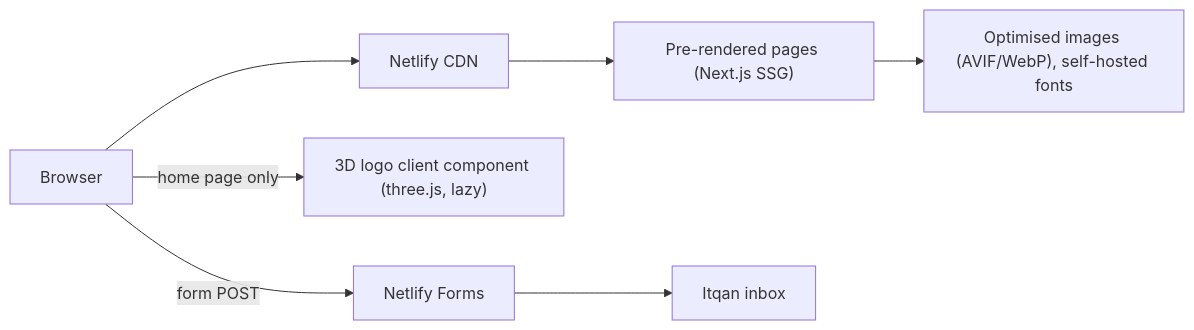
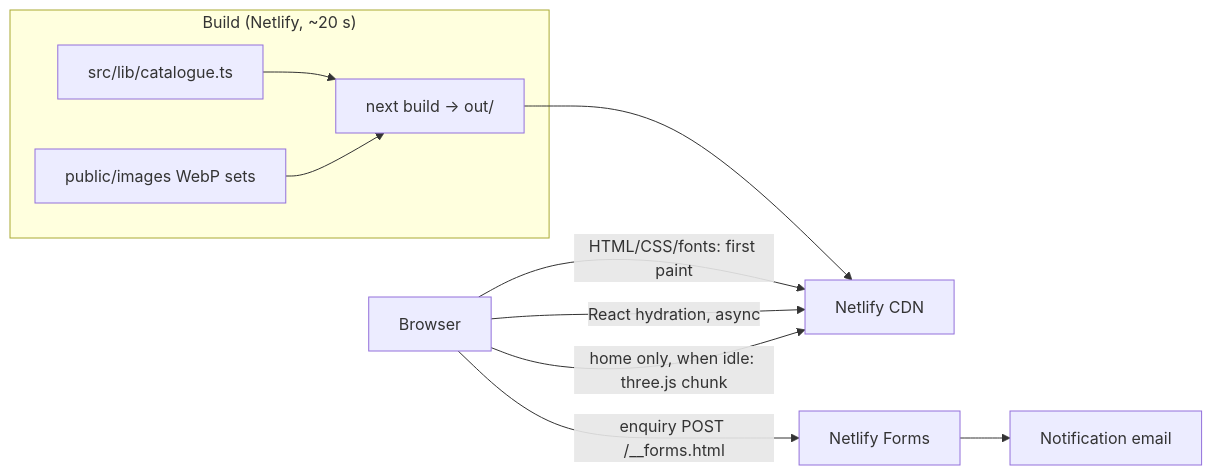
Before and after one commit to osk255/Itqan: the diagram in docs/ARCHITECTURE.md, drawn with Mermaid. The commit also changed other lines of this file and 162 other files, not shown here.

First line of the commit message:
Build the production site with Next.js (Phase 2)

````diff
--- a/docs/ARCHITECTURE.md
+++ b/docs/ARCHITECTURE.md
@@ -21,8 +7,12 @@
 ```mermaid
 flowchart LR
-  B[Browser] --> N[Netlify CDN]
-  N --> S["Pre-rendered pages (Next.js SSG)"]
-  S --> A["Optimised images (AVIF/WebP), self-hosted fonts"]
-  B -->|home page only| T["3D logo client component (three.js, lazy)"]
-  B -->|form POST| F[Netlify Forms] --> E[Itqan inbox]
+  subgraph Build["Build (Netlify, ~20 s)"]
+    C[src/lib/catalogue.ts] --> N[next build → out/]
+    I[public/images WebP sets] --> N
+  end
+  N --> CDN[Netlify CDN]
+  B[Browser] -->|HTML/CSS/fonts: first paint| CDN
+  B -->|React hydration, async| CDN
+  B -->|home only, when idle: three.js chunk| CDN
+  B -->|enquiry POST /__forms.html| F[Netlify Forms] --> E[Notification email]
 ```
````
